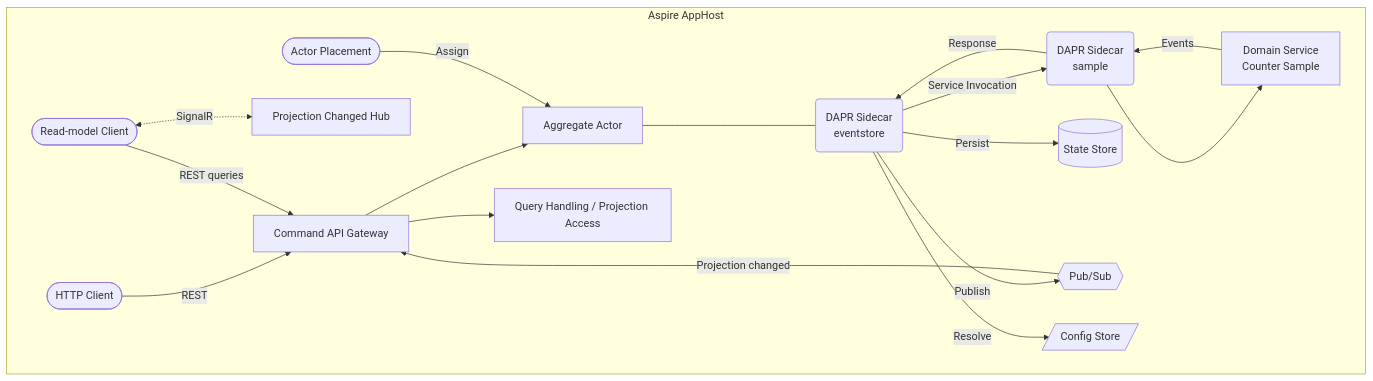
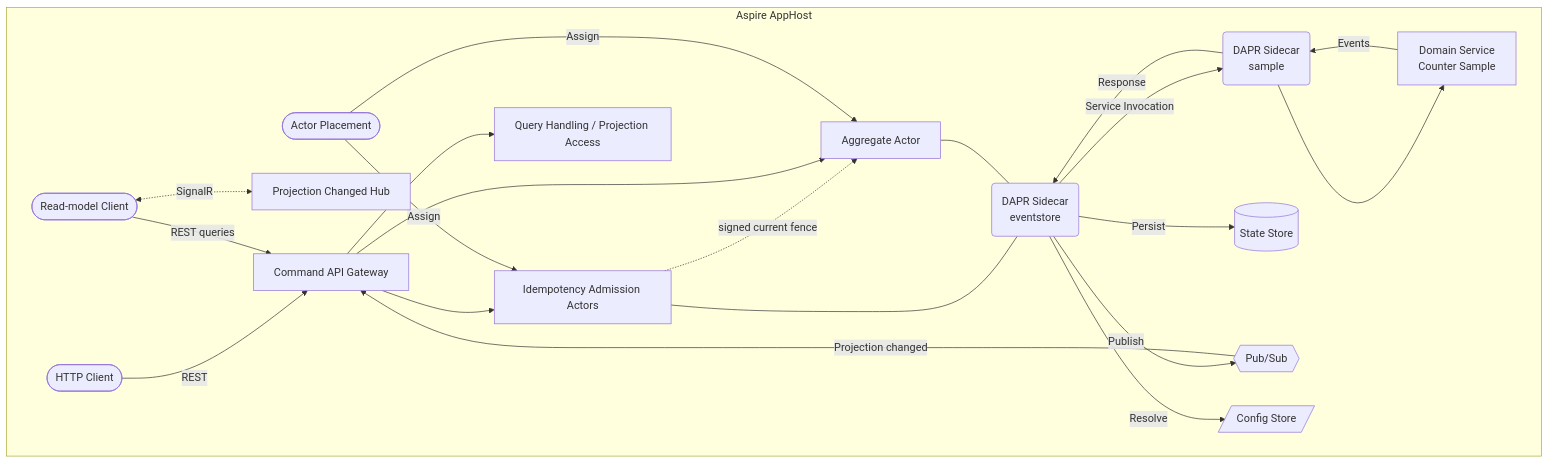
One commit to Hexalith/Hexalith.EventStore changed the first of 2 diagrams in docs/concepts/architecture-overview.md. Above: the diagram before and after it, drawn with Mermaid. The commit also changed other lines of this file and 127 other files, not shown here.

````diff
--- a/docs/concepts/architecture-overview.md
+++ b/docs/concepts/architecture-overview.md
@@ -19,32 +19,37 @@
 ```mermaid
 flowchart TB
     Client([HTTP Client])
     ReadClient([Read-model Client])
 
     subgraph AppHost["Aspire AppHost"]
         EventStore[Command API Gateway]
         CmdSidecar(DAPR Sidecar<br/>eventstore)
         Sample[Domain Service<br/>Counter Sample]
         SampleSidecar(DAPR Sidecar<br/>sample)
+        Admission[Idempotency Admission Actors]
         Actor[Aggregate Actor]
         Query[Query Handling / Projection Access]
         SignalRHub[Projection Changed Hub]
         Placement([Actor Placement])
 
         Client -->|REST| EventStore
         ReadClient -->|REST queries| EventStore
         ReadClient <-.->|SignalR| SignalRHub
+        EventStore --> Admission
+        Admission -. signed current fence .-> Actor
         EventStore --> Actor
         EventStore --> Query
+        Admission --- CmdSidecar
         Actor --- CmdSidecar
         CmdSidecar -->|Service Invocation| SampleSidecar
         SampleSidecar --> Sample
         Sample -->|Events| SampleSidecar
         SampleSidecar -->|Response| CmdSidecar
         CmdSidecar -->|Persist| StateStore[(State Store)]
         CmdSidecar -->|Publish| PubSub{{Pub/Sub}}
         PubSub -->|Projection changed| EventStore
         CmdSidecar -->|Resolve| ConfigStore[/Config Store/]
+        Placement -->|Assign| Admission
         Placement -->|Assign| Actor
     end
 ```
````
